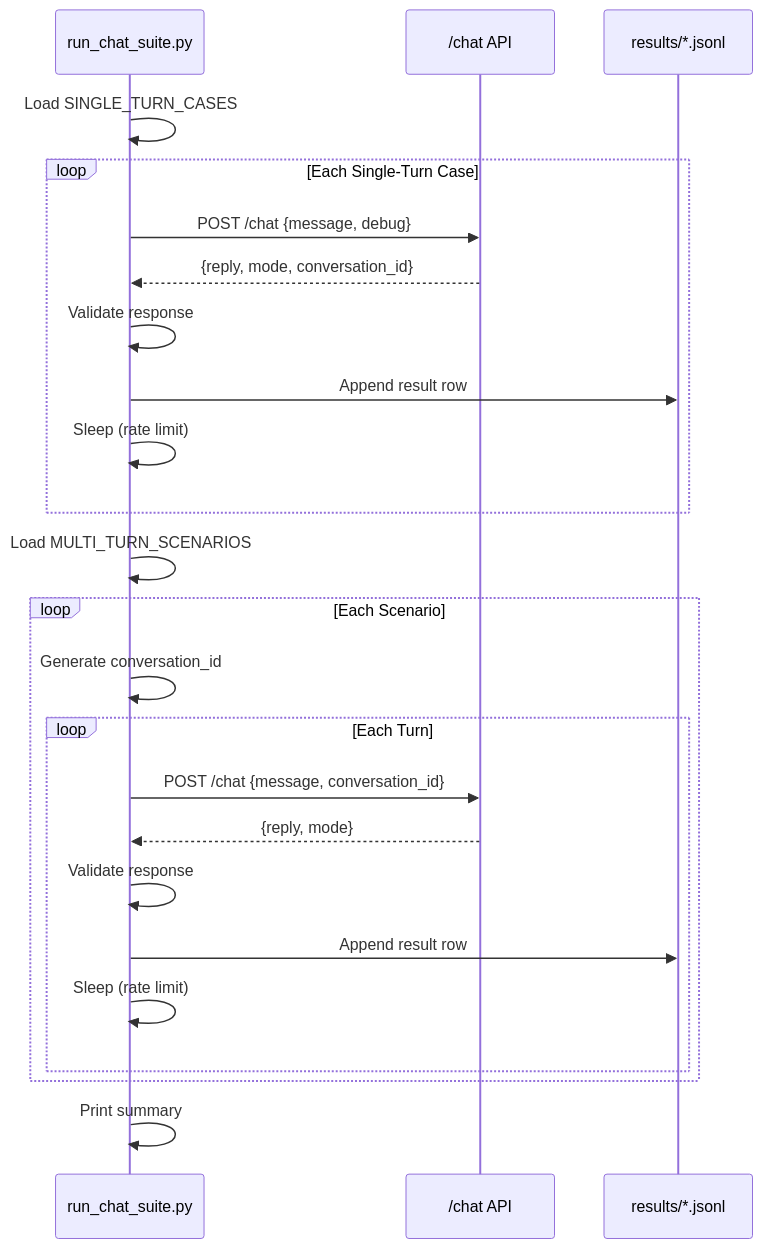
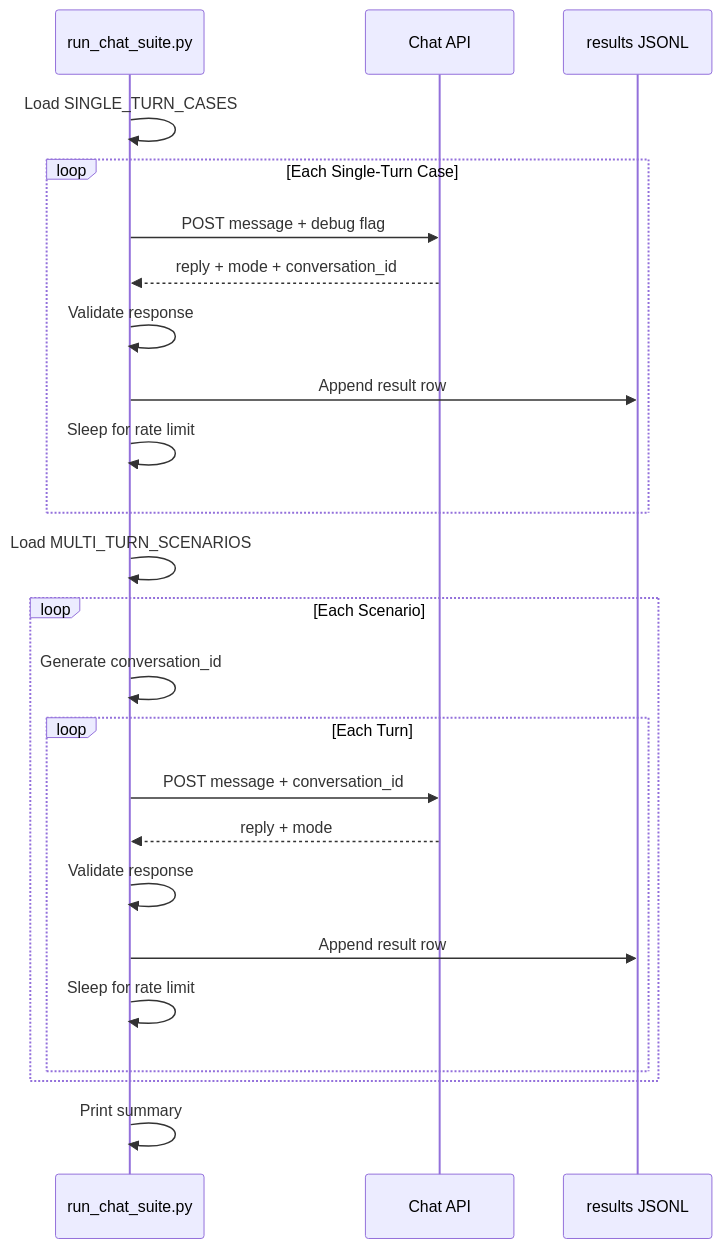
The third of 4 diagrams in eval/EVALUATION_SUITE_DOC.md (Breysel/concierge-plus), drawn with Mermaid before and after one commit. The commit also changed other lines of this file, not shown here.

````diff
--- a/eval/EVALUATION_SUITE_DOC.md
+++ b/eval/EVALUATION_SUITE_DOC.md
@@ -227,31 +227,31 @@
 ```mermaid
 sequenceDiagram
     participant Runner as run_chat_suite.py
-    participant API as /chat API
-    participant Results as results/*.jsonl
+    participant API as Chat API
+    participant Results as results JSONL
 
     Runner->>Runner: Load SINGLE_TURN_CASES
     
     loop Each Single-Turn Case
-        Runner->>API: POST /chat {message, debug}
-        API-->>Runner: {reply, mode, conversation_id}
+        Runner->>API: POST message + debug flag
+        API-->>Runner: reply + mode + conversation_id
         Runner->>Runner: Validate response
         Runner->>Results: Append result row
-        Runner->>Runner: Sleep (rate limit)
+        Runner->>Runner: Sleep for rate limit
     end
 
     Runner->>Runner: Load MULTI_TURN_SCENARIOS
     
     loop Each Scenario
         Runner->>Runner: Generate conversation_id
         loop Each Turn
-            Runner->>API: POST /chat {message, conversation_id}
-            API-->>Runner: {reply, mode}
+            Runner->>API: POST message + conversation_id
+            API-->>Runner: reply + mode
             Runner->>Runner: Validate response
             Runner->>Results: Append result row
-            Runner->>Runner: Sleep (rate limit)
+            Runner->>Runner: Sleep for rate limit
         end
     end
 
     Runner->>Runner: Print summary
 ```
````
